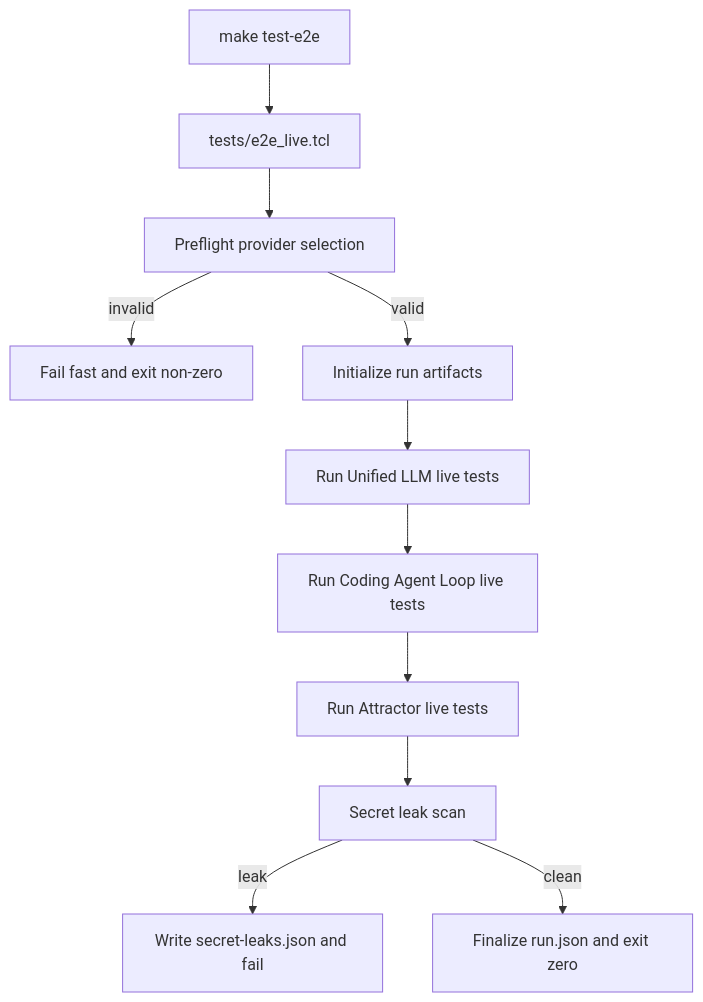
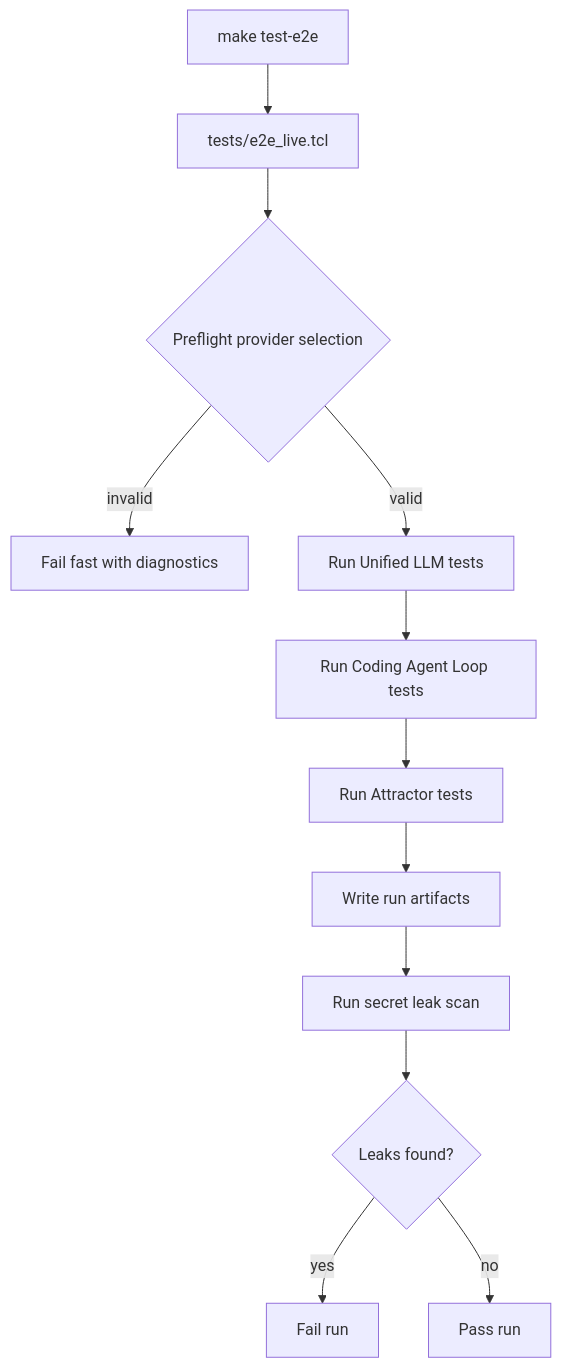
One commit to jaytaylor/attractor-tcl changed the third of 5 diagrams in docs/sprints/SPRINT-004-comprehensive-implementation-plan.md. Above: the diagram before and after it, drawn with Mermaid. The commit also changed other lines of this file, not shown here.

````diff
--- a/docs/sprints/SPRINT-004-comprehensive-implementation-plan.md
+++ b/docs/sprints/SPRINT-004-comprehensive-implementation-plan.md
@@ -921,13 +1667,14 @@
 ```mermaid
 flowchart TD
   A[make test-e2e] --> B[tests/e2e_live.tcl]
-  B --> C[Preflight provider selection]
-  C -->|invalid| D[Fail fast and exit non-zero]
-  C -->|valid| E[Initialize run artifacts]
-  E --> F[Run Unified LLM live tests]
-  F --> G[Run Coding Agent Loop live tests]
-  G --> H[Run Attractor live tests]
-  H --> I[Secret leak scan]
-  I -->|leak| J[Write secret-leaks.json and fail]
-  I -->|clean| K[Finalize run.json and exit zero]
+  B --> C{Preflight provider selection}
+  C -->|invalid| D[Fail fast with diagnostics]
+  C -->|valid| E[Run Unified LLM tests]
+  E --> F[Run Coding Agent Loop tests]
+  F --> G[Run Attractor tests]
+  G --> H[Write run artifacts]
+  H --> I[Run secret leak scan]
+  I --> J{Leaks found?}
+  J -->|yes| K[Fail run]
+  J -->|no| L[Pass run]
 ```
````
